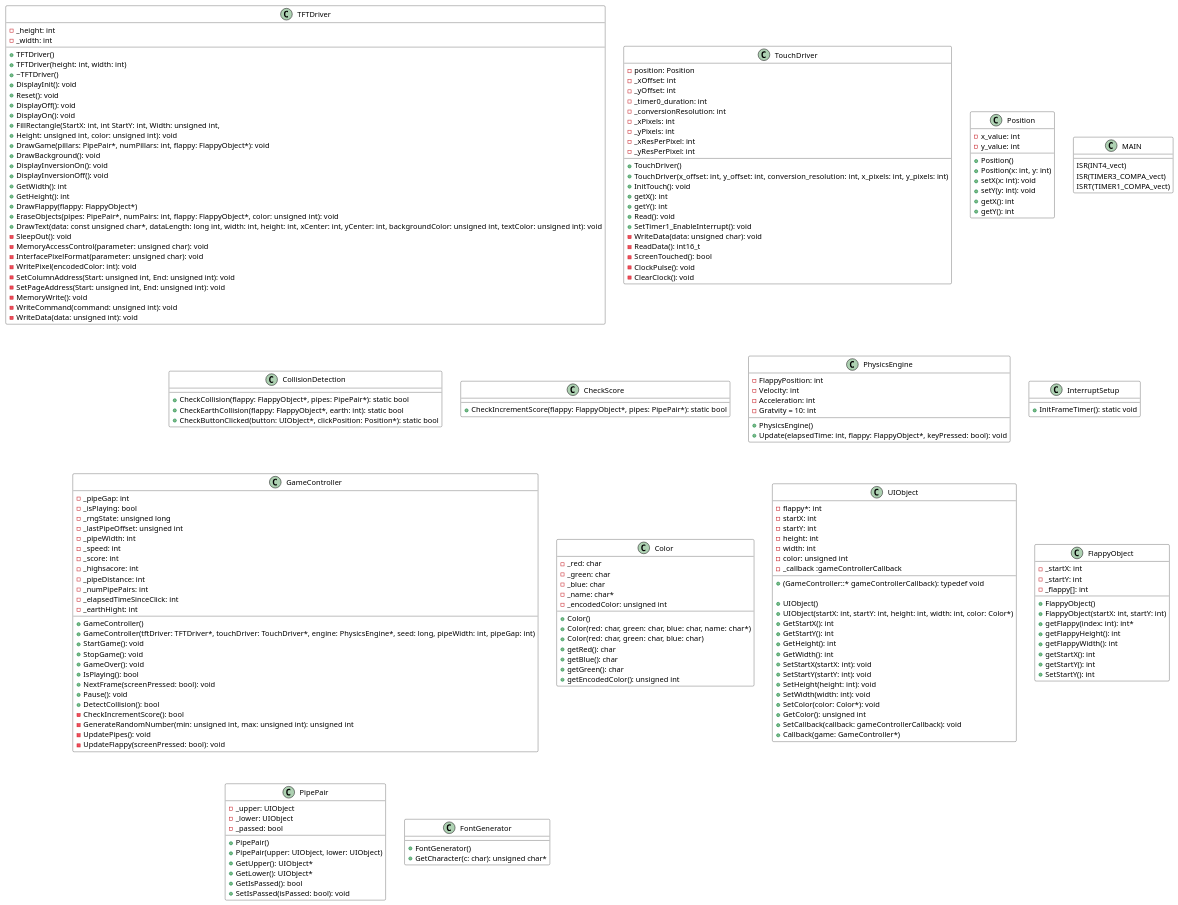
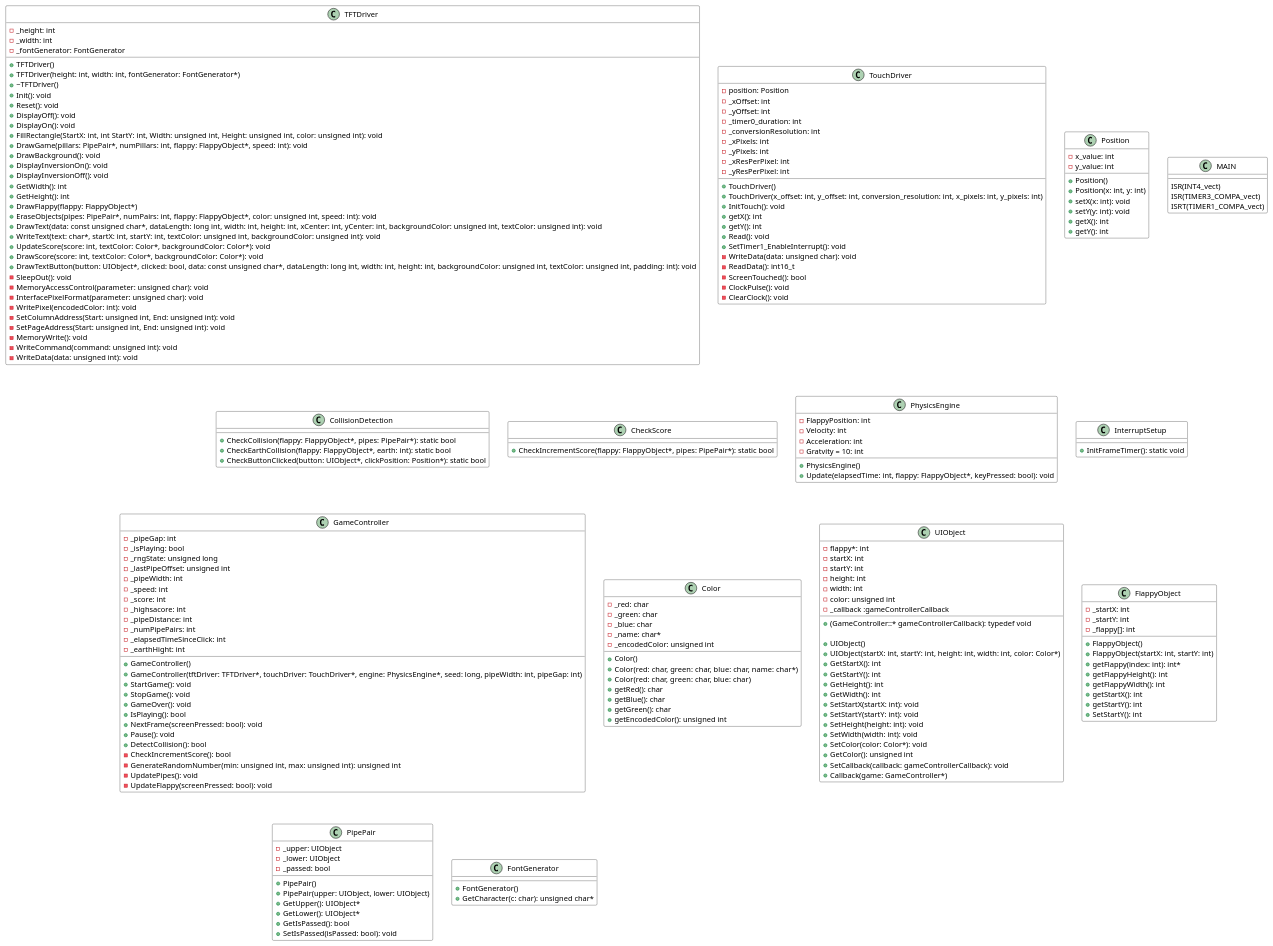
Before and after one commit to Valdemartt/AMS: the diagram in Projekt/diagrams/FlappyBird.wsd, drawn with PlantUML. The commit also changed 1 other file, not shown here.

```diff
--- a/Projekt/diagrams/FlappyBird.wsd
+++ b/Projekt/diagrams/FlappyBird.wsd
@@ -6,25 +6,29 @@
 class TFTDriver
 {
     +TFTDriver()
-    +TFTDriver(height: int, width: int)
+    +TFTDriver(height: int, width: int, fontGenerator: FontGenerator*)
     +~TFTDriver()
-    +DisplayInit(): void
+    +Init(): void
     +Reset(): void
     +DisplayOff(): void
     +DisplayOn(): void
-    +FillRectangle(StartX: int, int StartY: int, Width: unsigned int,
-	+Height: unsigned int, color: unsigned int): void
-    +DrawGame(pillars: PipePair*, numPillars: int, flappy: FlappyObject*): void
+    +FillRectangle(StartX: int, int StartY: int, Width: unsigned int, Height: unsigned int, color: unsigned int): void
+    +DrawGame(pillars: PipePair*, numPillars: int, flappy: FlappyObject*, speed: int): void
     +DrawBackground(): void
     +DisplayInversionOn(): void
     +DisplayInversionOff(): void
     +GetWidth(): int
     +GetHeight(): int
     +DrawFlappy(flappy: FlappyObject*)
-    +EraseObjects(pipes: PipePair*, numPairs: int, flappy: FlappyObject*, color: unsigned int): void
+    +EraseObjects(pipes: PipePair*, numPairs: int, flappy: FlappyObject*, color: unsigned int, speed: int): void
     +DrawText(data: const unsigned char*, dataLength: long int, width: int, height: int, xCenter: int, yCenter: int, backgroundColor: unsigned int, textColor: unsigned int): void
+    +WriteText(text: char*, startX: int, startY: int, textColor: unsigned int, backgroundColor: unsigned int): void
+    +UpdateScore(score: int, textColor: Color*, backgroundColor: Color*): void
+    +DrawScore(score: int, textColor: Color*, backgroundColor: Color*): void
+    +DrawTextButton(button: UIObject*, clicked: bool, data: const unsigned char*, dataLength: long int, width: int, height: int, backgroundColor: unsigned int, textColor: unsigned int, padding: int): void
     -_height: int
     -_width: int
+    -_fontGenerator: FontGenerator
     -SleepOut(): void
     -MemoryAccessControl(parameter: unsigned char): void
     -InterfacePixelFormat(parameter: unsigned char): void
```
